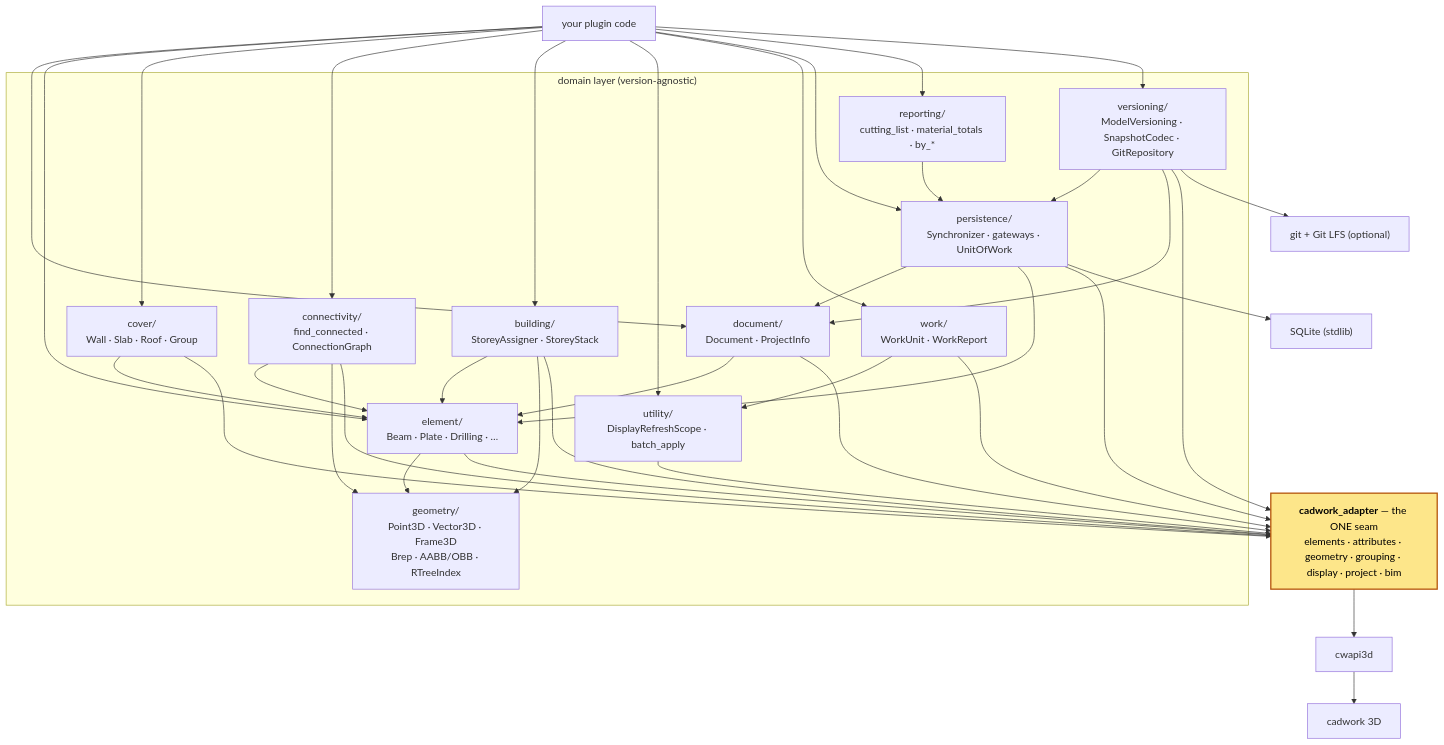
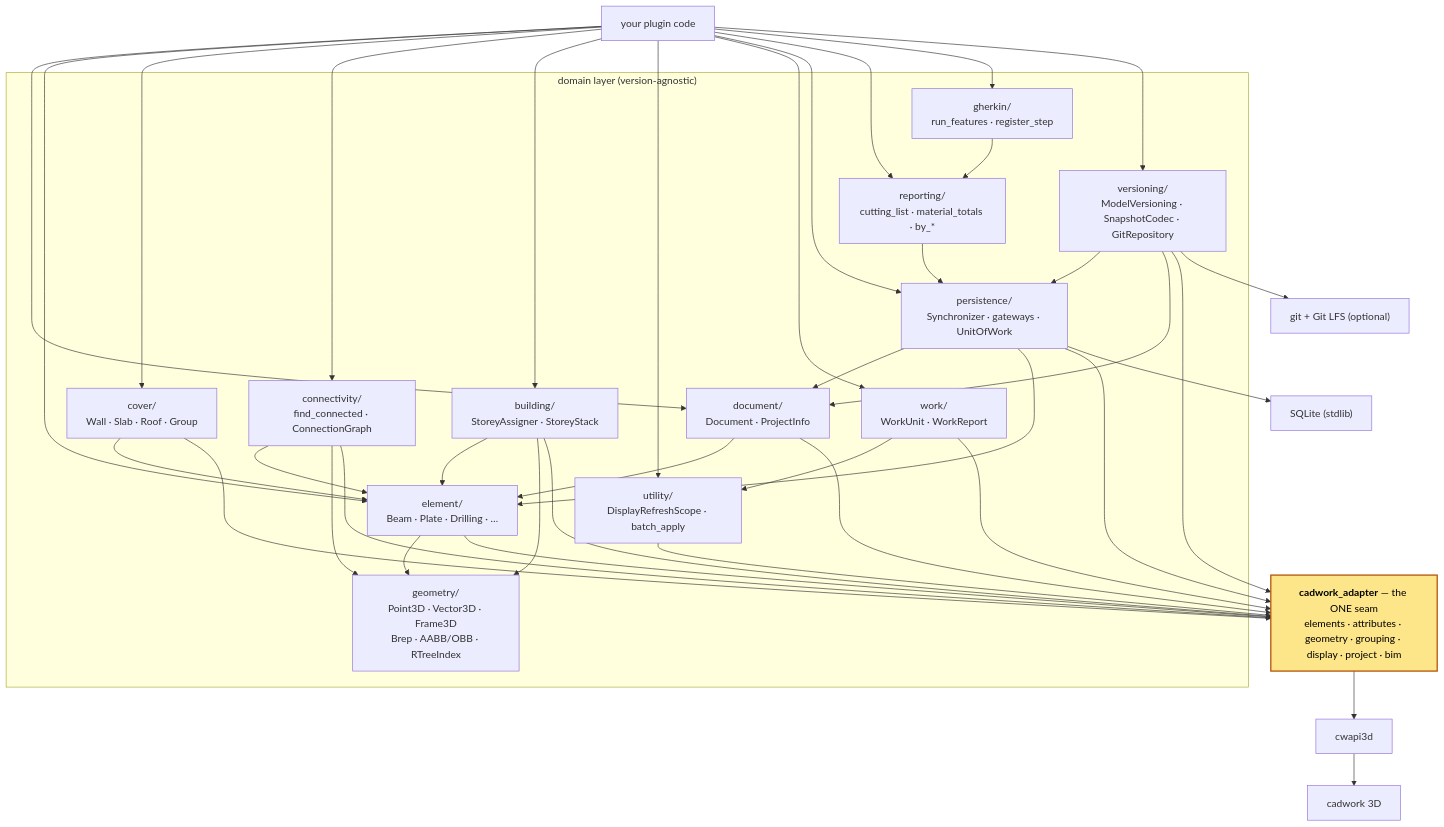
The diagram in docs/architecture.md (Brunner246/pycadwork), drawn with Mermaid before and after one commit. The commit also changed other lines of this file and 9 other files, not shown here.

````diff
--- a/docs/architecture.md
+++ b/docs/architecture.md
@@ -3,42 +3,44 @@
 ```mermaid
 flowchart TD
     app["your plugin code"]
 
     subgraph domain["domain layer (version-agnostic)"]
         document["document/<br/>Document · ProjectInfo"]
         element["element/<br/>Beam · Plate · Drilling · …"]
         cover["cover/<br/>Wall · Slab · Roof · Group"]
         connectivity["connectivity/<br/>find_connected · ConnectionGraph"]
         building["building/<br/>StoreyAssigner · StoreyStack"]
         geometry["geometry/<br/>Point3D · Vector3D · Frame3D<br/>Brep · AABB/OBB · RTreeIndex"]
         utility["utility/<br/>DisplayRefreshScope · batch_apply"]
         work["work/<br/>WorkUnit · WorkReport"]
         persistence["persistence/<br/>Synchronizer · gateways · UnitOfWork"]
         reporting["reporting/<br/>cutting_list · material_totals · by_*"]
+        gherkin["gherkin/<br/>run_features · register_step"]
         versioning["versioning/<br/>ModelVersioning · SnapshotCodec · GitRepository"]
     end
 
     sqlite["SQLite (stdlib)"]
     git["git + Git LFS (optional)"]
     seam["<b>cadwork_adapter</b> — the ONE seam<br/>elements · attributes · geometry · grouping · display · project · bim"]
     cwapi3d["cwapi3d"]
     cadwork["cadwork 3D"]
     
-    app --> document & element & cover & connectivity & building & utility & work & persistence & reporting & versioning
+    app --> document & element & cover & connectivity & building & utility & work & persistence & reporting & gherkin & versioning
     document --> element
     element --> geometry
     cover --> element
     connectivity --> element & geometry
     building --> element & geometry
     work --> utility
     persistence --> document & element
     reporting --> persistence
+    gherkin --> reporting
     versioning --> persistence & document
     document & element & cover & connectivity & building & utility & work & persistence & versioning --> seam
     persistence --> sqlite
     versioning --> git
     seam --> cwapi3d --> cadwork
     
     classDef seamStyle fill:#fde68a,stroke:#b45309,stroke-width:2px,color:#000000;
     class seam seamStyle
 ```
````
